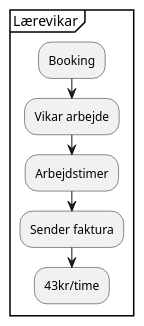
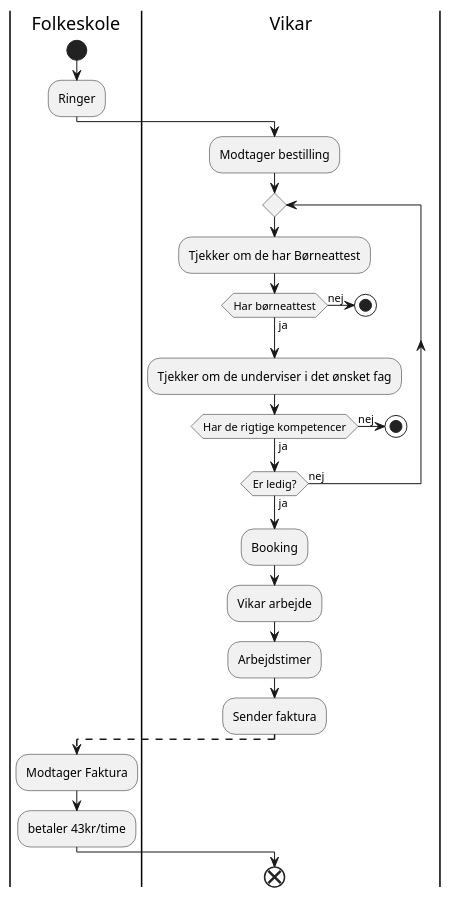
Before and after one commit to Alabaster550/A4vikar: the diagram in Su_25/BPMN-Lærevikar.plantuml, drawn with PlantUML.

Commit message:
Finished BPMN

```diff
--- a/Su_25/BPMN-Lærevikar.plantuml
+++ b/Su_25/BPMN-Lærevikar.plantuml
@@ -1,17 +1,36 @@
 @startuml
 
 
+|Folkeskole|
+start
+:Ringer;
 
-
-group Lærevikar{
+|Vikar|
+:Modtager bestilling;
+repeat
+:Tjekker om de har Børneattest;
+if (Har børneattest) is (ja) then
+else(nej)
+stop
+endif
+:Tjekker om de underviser i det ønsket fag;
+if (Har de rigtige kompetencer) is (ja) then
+else(nej)
+stop
+endif
+repeat while (Er ledig?) is (nej) not (ja)
 :Booking;
 :Vikar arbejde;
 :Arbejdstimer;
 :Sender faktura;
-:43kr/time;
-}
 
+|Folkeskole|
+-[dashed]->
+:Modtager Faktura;
+:betaler 43kr/time;
 
+|Vikar|
+end
 
 
 @enduml
```
